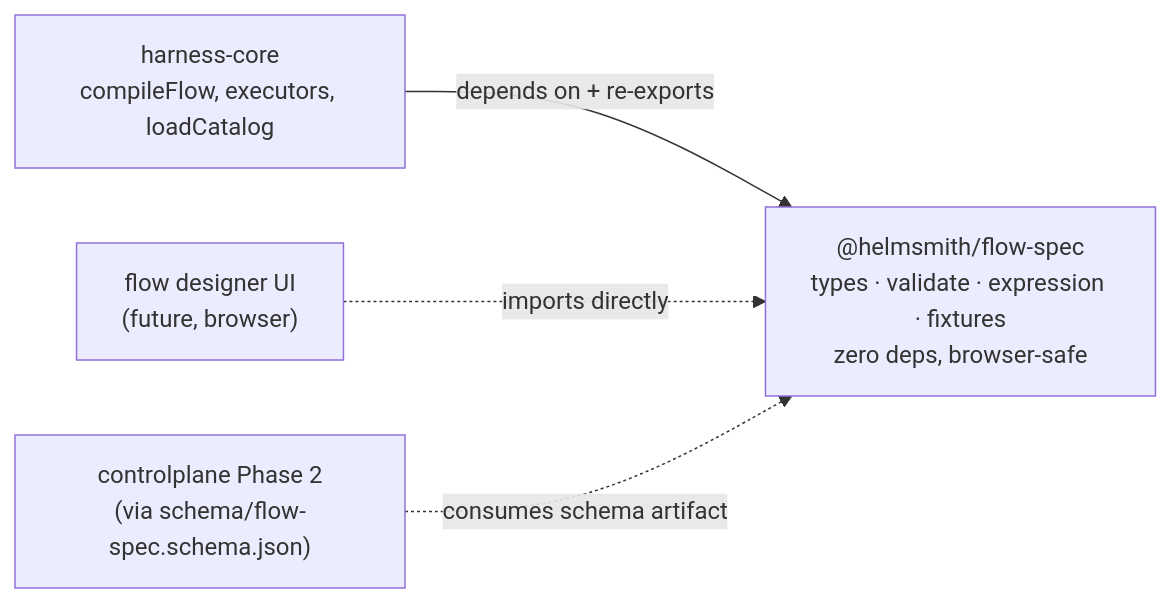
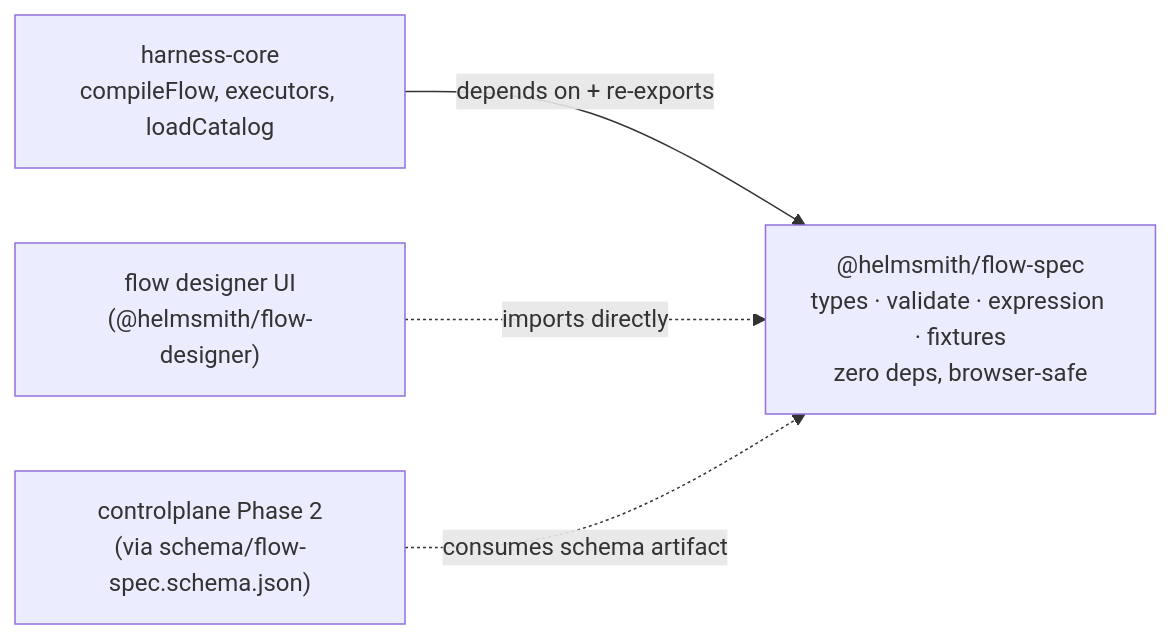
The first of 3 diagrams in platform/harness/flow-spec/SPEC.md (JefeLabs/helmsmith), drawn with Mermaid before and after one commit. The commit also changed 22 other files, not shown here.

First line of the commit message:
feat(flow-designer): visual flow editor — the browser consumer flow-spec was built for (3.2)

````diff
--- a/platform/harness/flow-spec/SPEC.md
+++ b/platform/harness/flow-spec/SPEC.md
@@ -13,10 +13,10 @@
 ```mermaid
 flowchart LR
     spec["@helmsmith/flow-spec<br/>types · validate · expression · fixtures<br/>zero deps, browser-safe"]
     core["harness-core<br/>compileFlow, executors, loadCatalog"]
-    designer["flow designer UI<br/>(future, browser)"]
+    designer["flow designer UI<br/>(@helmsmith/flow-designer)"]
     cp["controlplane Phase 2<br/>(via schema/flow-spec.schema.json)"]
     core -->|"depends on + re-exports"| spec
     designer -.->|"imports directly"| spec
     cp -.->|"consumes schema artifact"| spec
 ```
````
